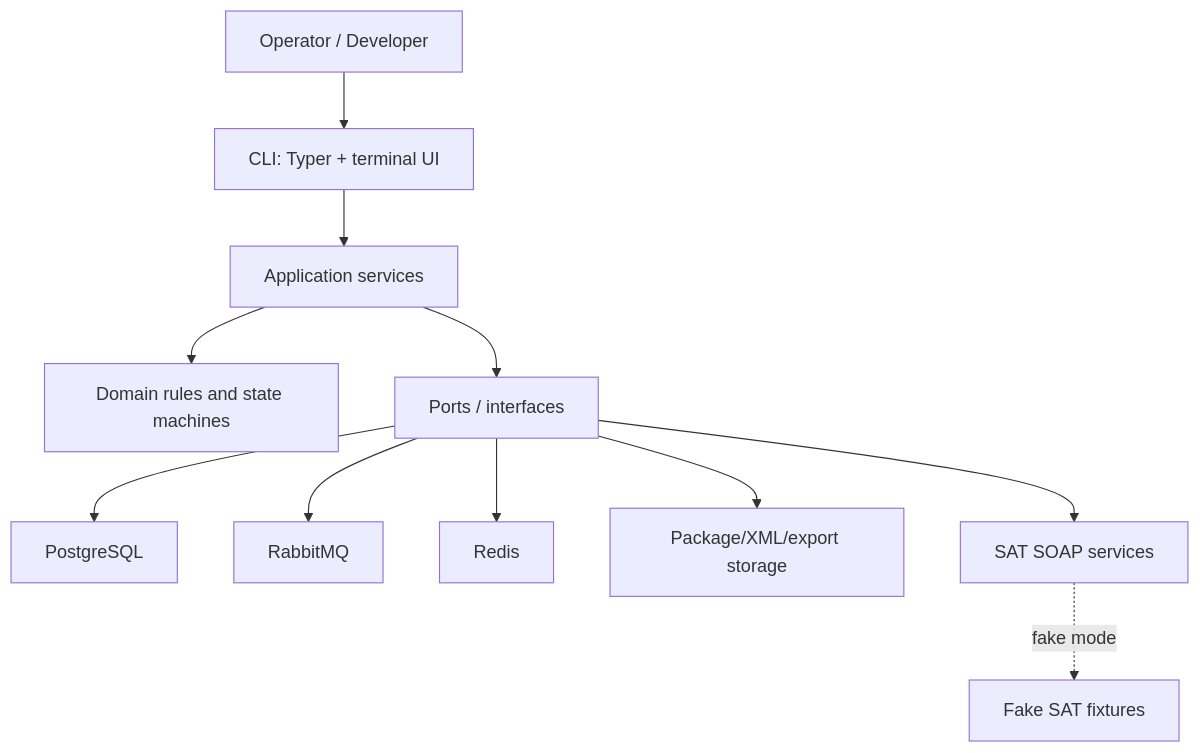
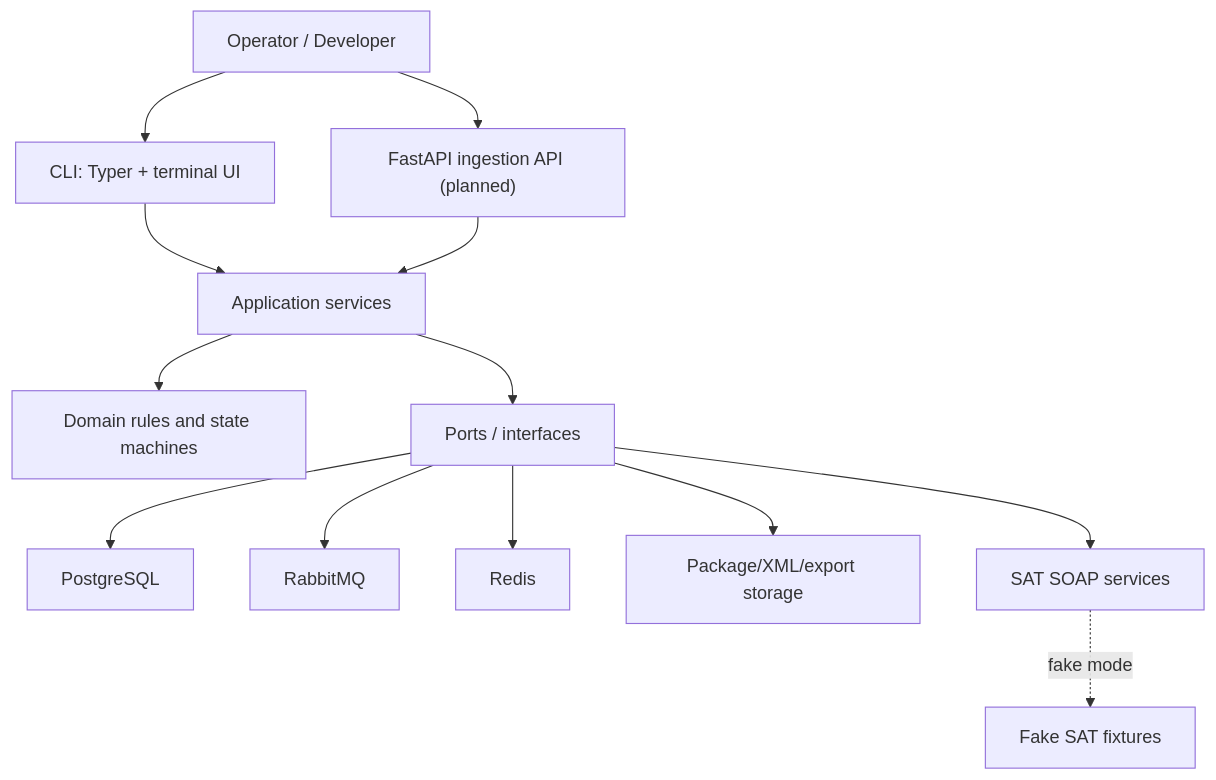
One commit to Crls8a/cfdi-vault-mx changed the first of 3 diagrams in docs/foundation/architecture-blueprint.md. Above: the diagram before and after it, drawn with Mermaid. The commit also changed other lines of this file and 27 other files, not shown here.

Commit message:
docs(architecture): document postgres queue api contract

````diff
--- a/docs/foundation/architecture-blueprint.md
+++ b/docs/foundation/architecture-blueprint.md
@@ -7,13 +7,15 @@
 ```mermaid
 flowchart TD
     Operator["Operator / Developer"] --> CLI["CLI: Typer + terminal UI"]
+    Operator --> API["FastAPI ingestion API (planned)"]
     CLI --> App["Application services"]
+    API --> App
     App --> Domain["Domain rules and state machines"]
     App --> Ports["Ports / interfaces"]
     Ports --> PG["PostgreSQL"]
     Ports --> MQ["RabbitMQ"]
     Ports --> Redis["Redis"]
     Ports --> Storage["Package/XML/export storage"]
     Ports --> SAT["SAT SOAP services"]
     SAT -. fake mode .-> FakeSAT["Fake SAT fixtures"]
 ```
````
